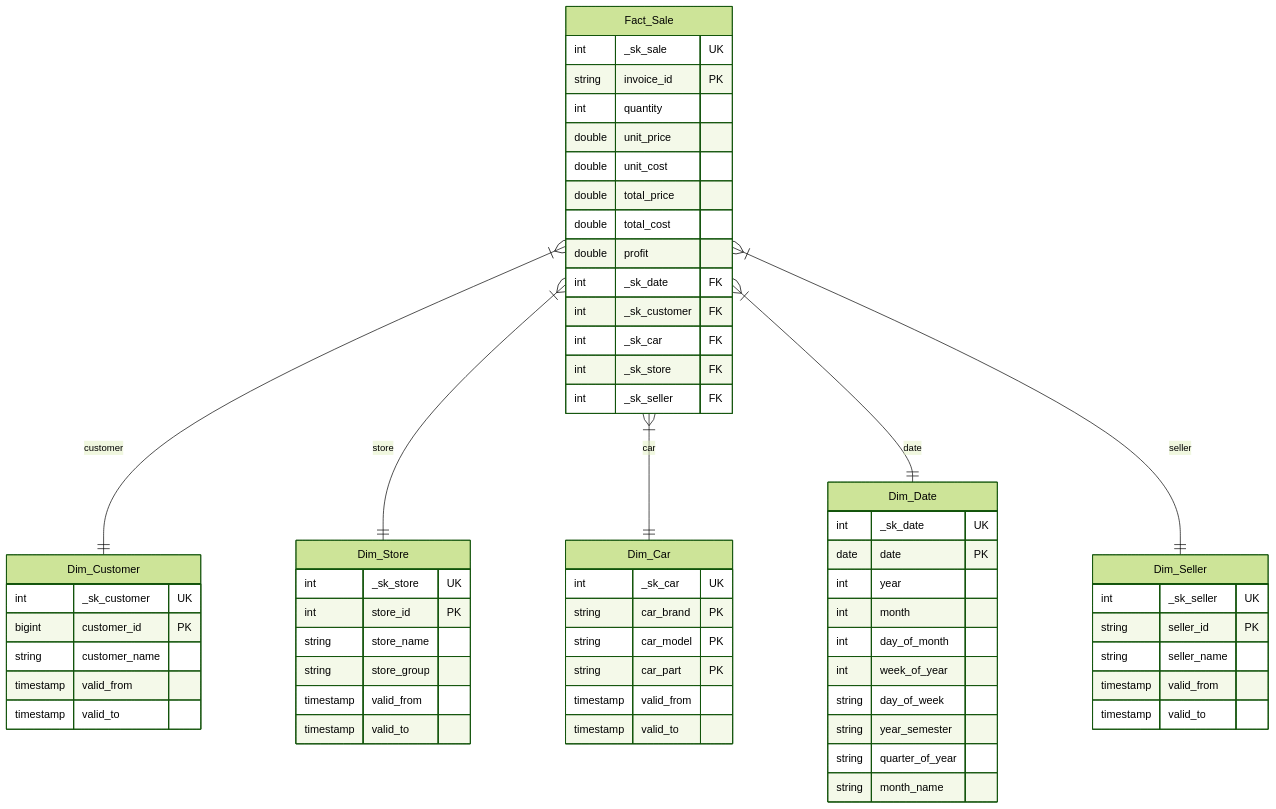
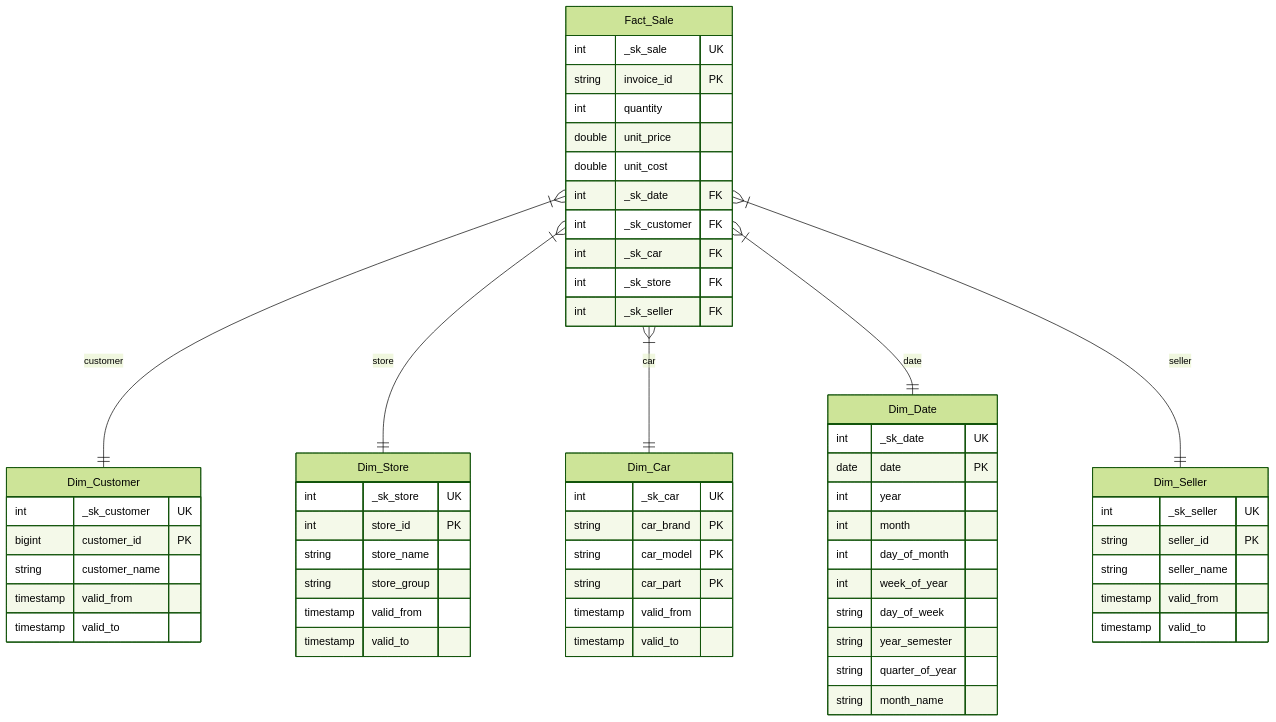
Before and after one commit to croraphael/pj_vendas_estag_exata: the diagram in README.md, drawn with Mermaid (forest theme). The commit also changed other lines of this file, not shown here.

````diff
--- a/README.md
+++ b/README.md
@@ -127,68 +125,65 @@
 ```mermaid
     erDiagram
         direction TB
 
         Dim_Seller {
             int _sk_seller UK ""
             string seller_id PK ""
             string seller_name ""
             timestamp valid_from ""
             timestamp valid_to ""
         }
         Dim_Store {
             int _sk_store UK ""
             int store_id PK ""
             string store_name ""
             string store_group ""
             timestamp valid_from ""
             timestamp valid_to ""
         }
         Fact_Sale {
             int _sk_sale UK ""  
             string invoice_id PK ""  
             int quantity  ""
             double unit_price ""
             double unit_cost ""
-            double total_price ""
-            double total_cost ""
-            double profit ""
             int _sk_date FK ""
             int _sk_customer FK ""
             int _sk_car FK ""
             int _sk_store FK ""
             int _sk_seller FK ""
         }
         Dim_Car {
             int _sk_car UK ""
             string car_brand PK ""
             string car_model PK ""
             string car_part PK ""
             timestamp valid_from ""
             timestamp valid_to ""
         }
         Dim_Customer {
             int _sk_customer UK ""
             bigint customer_id PK ""
             string customer_name ""
             timestamp valid_from ""
             timestamp valid_to ""
         }
         Dim_Date {
             int _sk_date UK ""
             date date PK ""
             int year ""
             int month ""
             int day_of_month ""
             int week_of_year ""
             string day_of_week ""
             string year_semester ""
             string quarter_of_year ""
             string month_name ""
         }
 
         Fact_Sale}|--||Dim_Customer:"customer"
         Fact_Sale}|--||Dim_Store:"store"
         Fact_Sale}|--||Dim_Car:"car"
         Fact_Sale}|--||Dim_Date:"date"
         Fact_Sale}|--||Dim_Seller:"seller"
 ```
````
